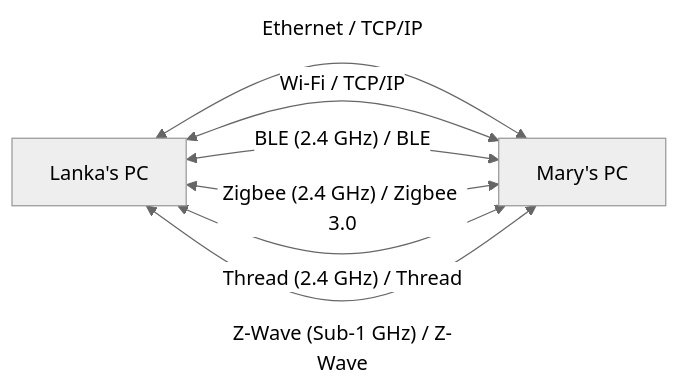
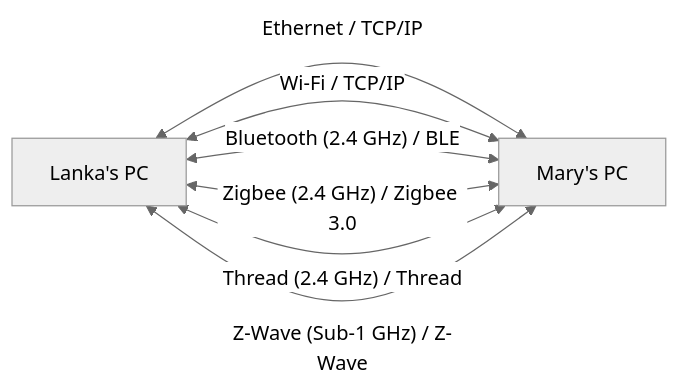
One commit to lankahsu520/HelperX changed the fourth of 5 diagrams in helper_IoT.md. Above: the diagram before and after it, drawn with Mermaid (neutral theme). The commit also changed other lines of this file, not shown here.

````diff
--- a/helper_IoT.md
+++ b/helper_IoT.md
@@ -73,12 +73,12 @@
 ```mermaid
 flowchart LR
 
 Lanka[Lanka's PC]
 Mary[Mary's PC]
 Lanka <--> |Ethernet / TCP/IP|Mary
 Lanka <--> |Wi-Fi / TCP/IP|Mary
-Lanka <--> |"BLE (2.4 GHz) / BLE"|Mary
+Lanka <--> |"Bluetooth (2.4 GHz) / BLE"|Mary
 Lanka <--> |"Zigbee (2.4 GHz) / Zigbee 3.0"|Mary
 Lanka <--> |"Thread (2.4 GHz) / Thread"|Mary
 Lanka <--> |"Z-Wave (Sub-1 GHz) / Z-Wave"|Mary
 ```
````
